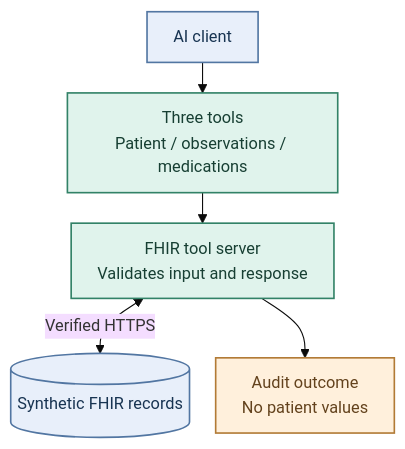
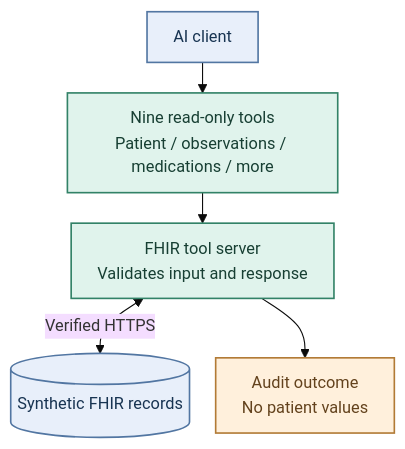
Before and after one commit to tanya-ok/hipaa-fhir-mcp: the diagram in docs/index.md, drawn with Mermaid. The commit also changed other lines of this file and 3 other files, not shown here.

````diff
--- a/docs/index.md
+++ b/docs/index.md
@@ -9,26 +9,26 @@
 ```mermaid
 ---
 config:
   theme: base
   themeVariables:
     fontFamily: 'Arial, sans-serif'
     fontSize: '15px'
   flowchart:
     nodeSpacing: 24
     rankSpacing: 28
     padding: 12
 ---
 flowchart TB
     accTitle: Validated access to synthetic health records
-    accDescr: The AI client invokes one of three tools. The server validates input, reads the synthetic FHIR service over HTTPS, validates the response and records a minimized audit outcome.
-    A["AI client"] --> T["Three tools<br/>Patient / observations / medications"]
+    accDescr: The AI client invokes one of nine read-only tools. The server validates input, reads the synthetic FHIR service over HTTPS, validates the response and records a minimized audit outcome.
+    A["AI client"] --> T["Nine read-only tools<br/>Patient / observations / medications / more"]
     T --> V["FHIR tool server<br/>Validates input and response"]
     V <-->|Verified HTTPS| F[("Synthetic FHIR records")]
     V --> L["Audit outcome<br/>No patient values"]
     classDef source fill:#e8effa,stroke:#5276a2,color:#183452,stroke-width:1.5px
     classDef core fill:#e0f3ec,stroke:#328267,color:#173f33,stroke-width:1.5px
     classDef limit fill:#fff0dc,stroke:#b27b36,color:#63421d,stroke-width:1.5px
     class A,F source
     class T,V core
     class L limit
 ```
````
